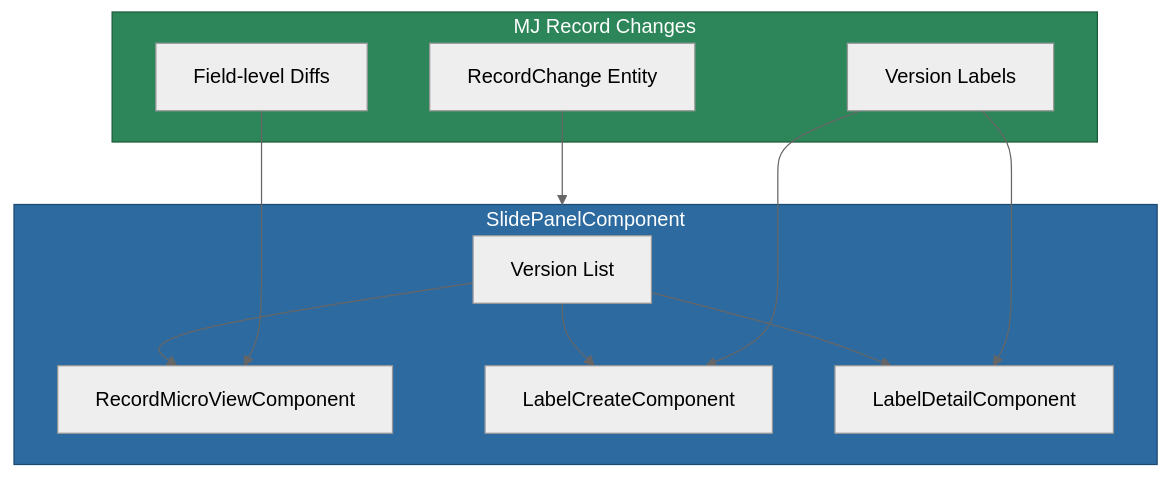
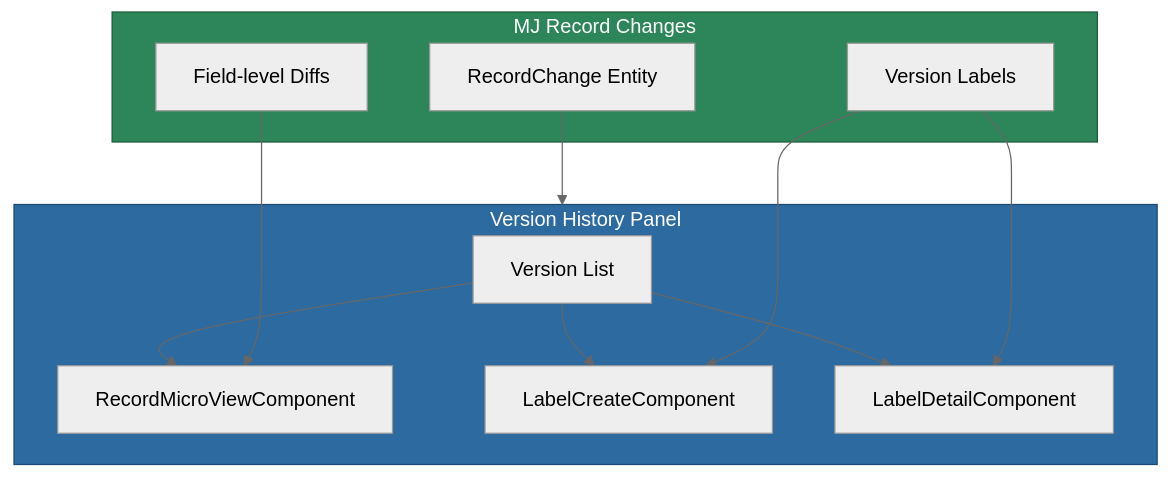
The diagram in packages/Angular/Generic/versions/README.md (MemberJunction/MJ), drawn with Mermaid (neutral theme) before and after one commit. The commit also changed other lines of this file and 7 other files, not shown here.

First line of the commit message:
docs(forms): repo-wide alignment for slide-panel relocation + forms-as-overlays

````diff
--- a/packages/Angular/Generic/versions/README.md
+++ b/packages/Angular/Generic/versions/README.md
@@ -15,22 +17,22 @@
 ```mermaid
 flowchart TD
-    subgraph Panel["SlidePanelComponent"]
+    subgraph Panel["Version History Panel"]
         A["Version List"]
         A --> B["RecordMicroViewComponent"]
         A --> C["LabelCreateComponent"]
         A --> D["LabelDetailComponent"]
     end
     subgraph Data["MJ Record Changes"]
         E["RecordChange Entity"]
         F["Field-level Diffs"]
         G["Version Labels"]
     end
 
     E --> Panel
     F --> B
     G --> C
     G --> D
 
     style Panel fill:#2d6a9f,stroke:#1a4971,color:#fff
     style Data fill:#2d8659,stroke:#1a5c3a,color:#fff
 ```
````
